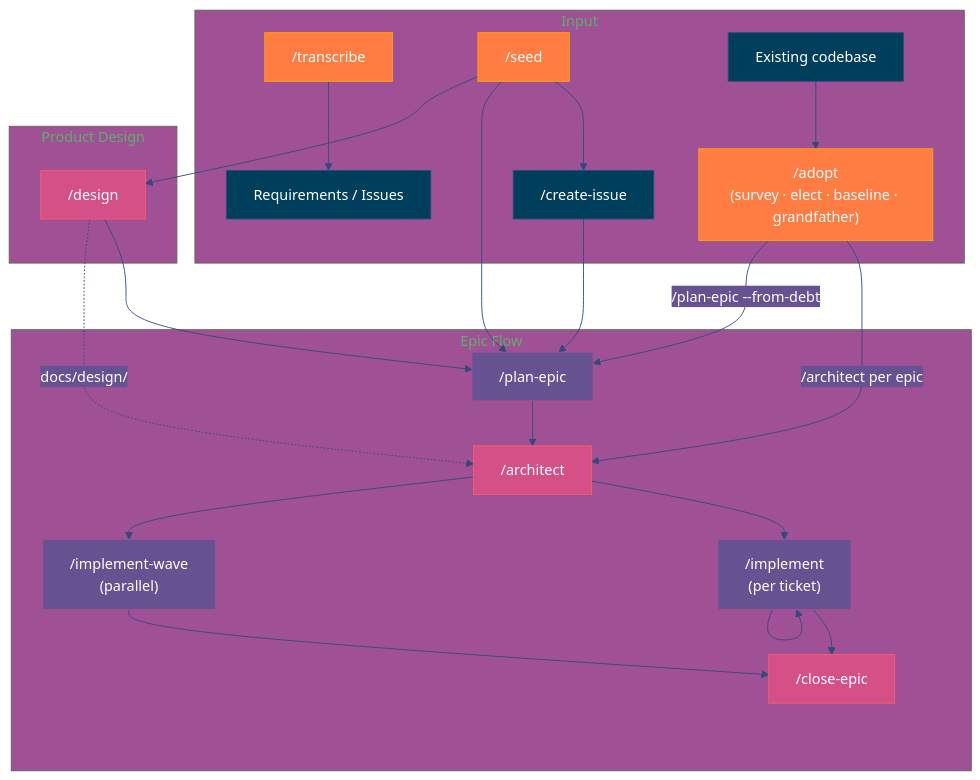
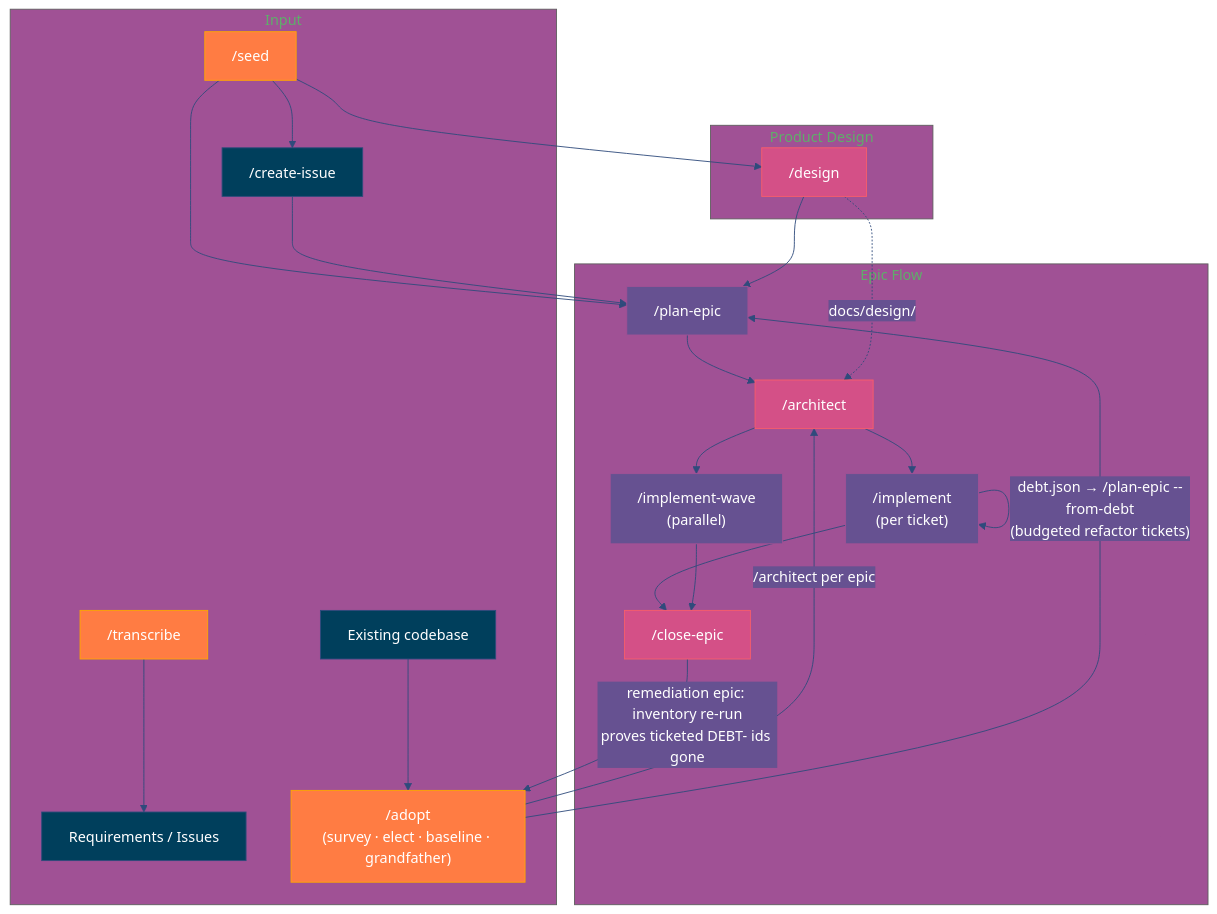
Before and after one commit to plwp/chief-wiggum: the first of 3 diagrams in README.md, drawn with Mermaid. The commit also changed other lines of this file and 16 other files, not shown here.

First line of the commit message:
feat(remediate): /plan-epic --from-debt + refactor ticket-kind + brownfield scope back-pressure + prevention signals (#216)

````diff
--- a/README.md
+++ b/README.md
@@ -121,46 +121,47 @@
 ```mermaid
 %%{init: {'theme': 'base', 'themeVariables': {'primaryColor': '#003f5c', 'primaryTextColor': '#fff', 'primaryBorderColor': '#2f4b7c', 'secondaryColor': '#665191', 'tertiaryColor': '#a05195', 'lineColor': '#2f4b7c', 'textColor': '#333'}}}%%
 graph TD
     subgraph "Input"
         A["/transcribe"]:::entry
         B["/seed"]:::entry
         C["/create-issue"]:::default
         D["Requirements / Issues"]:::default
         X["Existing codebase"]:::default
         AD["/adopt<br/>(survey · elect · baseline · grandfather)"]:::entry
     end
 
     subgraph "Product Design"
         N["/design"]:::new
     end
 
     subgraph "Epic Flow"
         E["/plan-epic"]:::modified
         F["/architect"]:::new
         G["/implement<br/>(per ticket)"]:::modified
         W["/implement-wave<br/>(parallel)"]:::modified
         H["/close-epic"]:::new
     end
 
     A --> D
     B --> C
     B --> E
     B --> N
     N --> E
     C --> E
     E --> F
     X --> AD
     AD -->|"/architect per epic"| F
-    AD -->|"/plan-epic --from-debt"| E
+    AD -->|"debt.json → /plan-epic --from-debt<br/>(budgeted refactor tickets)"| E
+    H -->|"remediation epic: inventory re-run<br/>proves ticketed DEBT- ids gone"| AD
     N -.->|"docs/design/"| F
     F --> G
     F --> W
     G --> G
     G --> H
     W --> H
 
     classDef entry fill:#ff7c43,stroke:#ffa600,color:#fff
     classDef default fill:#003f5c,stroke:#2f4b7c,color:#fff
     classDef modified fill:#665191,stroke:#a05195,color:#fff
     classDef new fill:#d45087,stroke:#f95d6a,color:#fff
 ```
````
